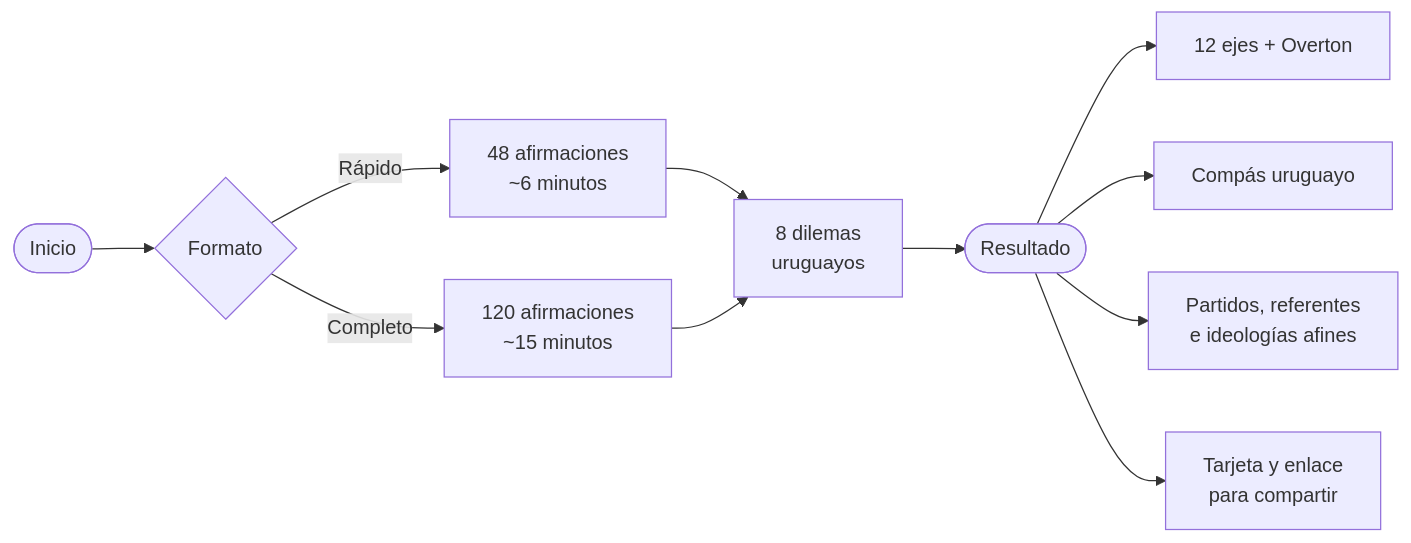
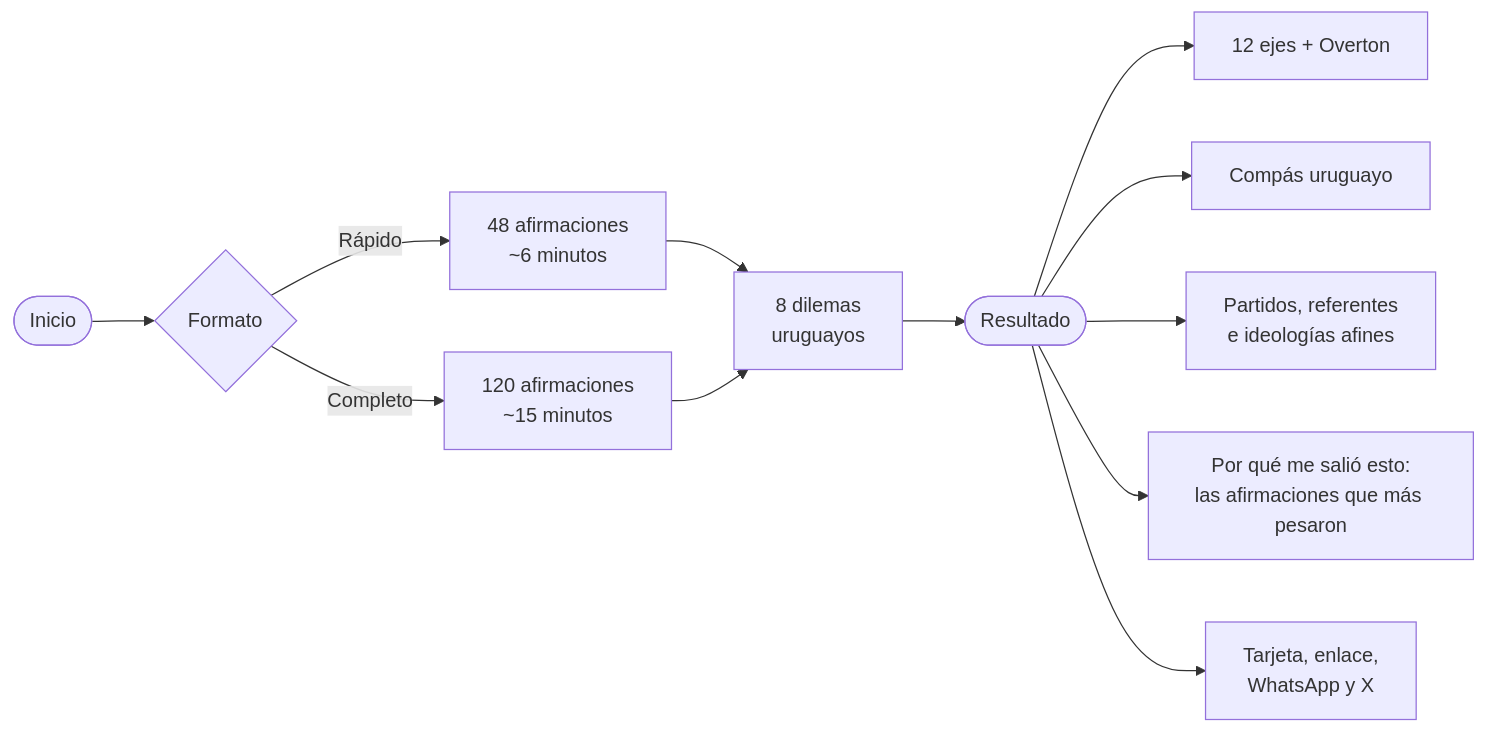
One commit to geronimososa/uy12ejes changed the first of 2 diagrams in README.md. Above: the diagram before and after it, drawn with Mermaid. The commit also changed other lines of this file, not shown here.

Commit message:
README: páginas por perfil, explicación de cada eje y botones para compartir

````diff
--- a/README.md
+++ b/README.md
@@ -88,13 +90,14 @@
 ```mermaid
 flowchart LR
     A([Inicio]) --> B{Formato}
     B -->|Rápido| C[48 afirmaciones<br/>~6 minutos]
     B -->|Completo| D[120 afirmaciones<br/>~15 minutos]
     C --> E[8 dilemas<br/>uruguayos]
     D --> E
     E --> F([Resultado])
     F --> G[12 ejes + Overton]
     F --> H[Compás uruguayo]
     F --> I[Partidos, referentes<br/>e ideologías afines]
-    F --> J[Tarjeta y enlace<br/>para compartir]
+    F --> K[Por qué me salió esto:<br/>las afirmaciones que más pesaron]
+    F --> J[Tarjeta, enlace,<br/>WhatsApp y X]
 ```
````
